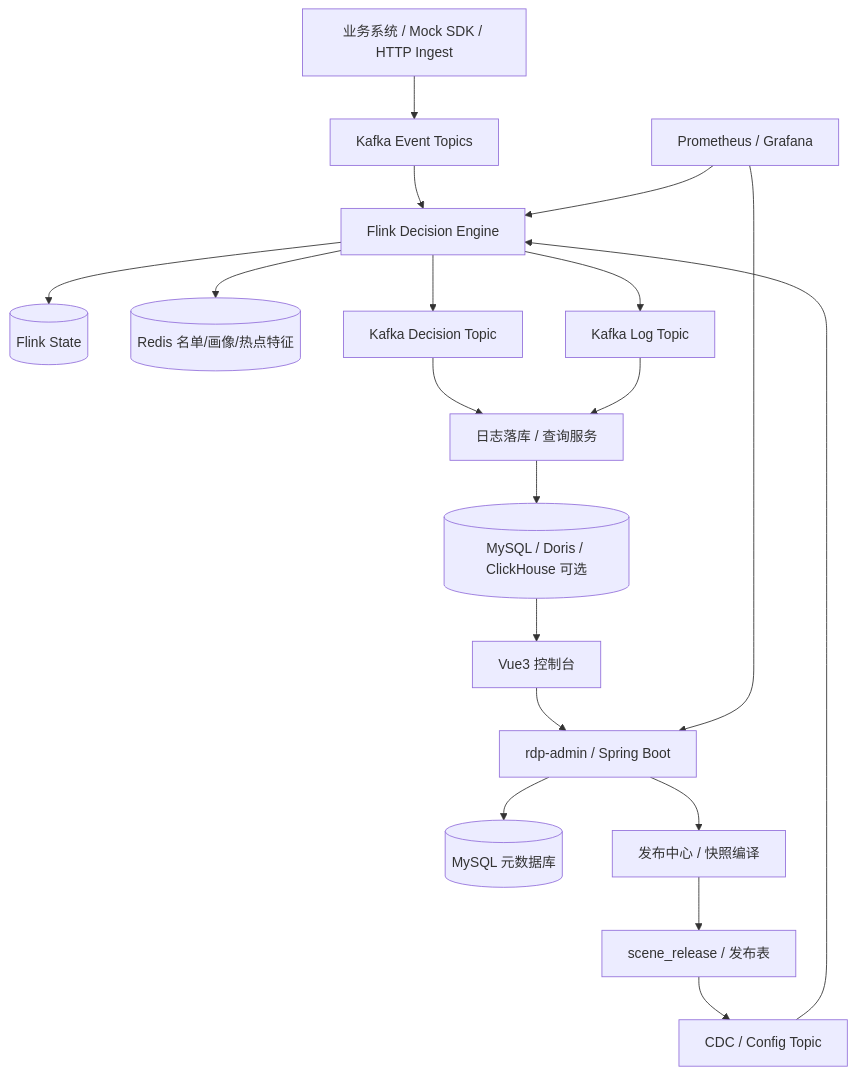
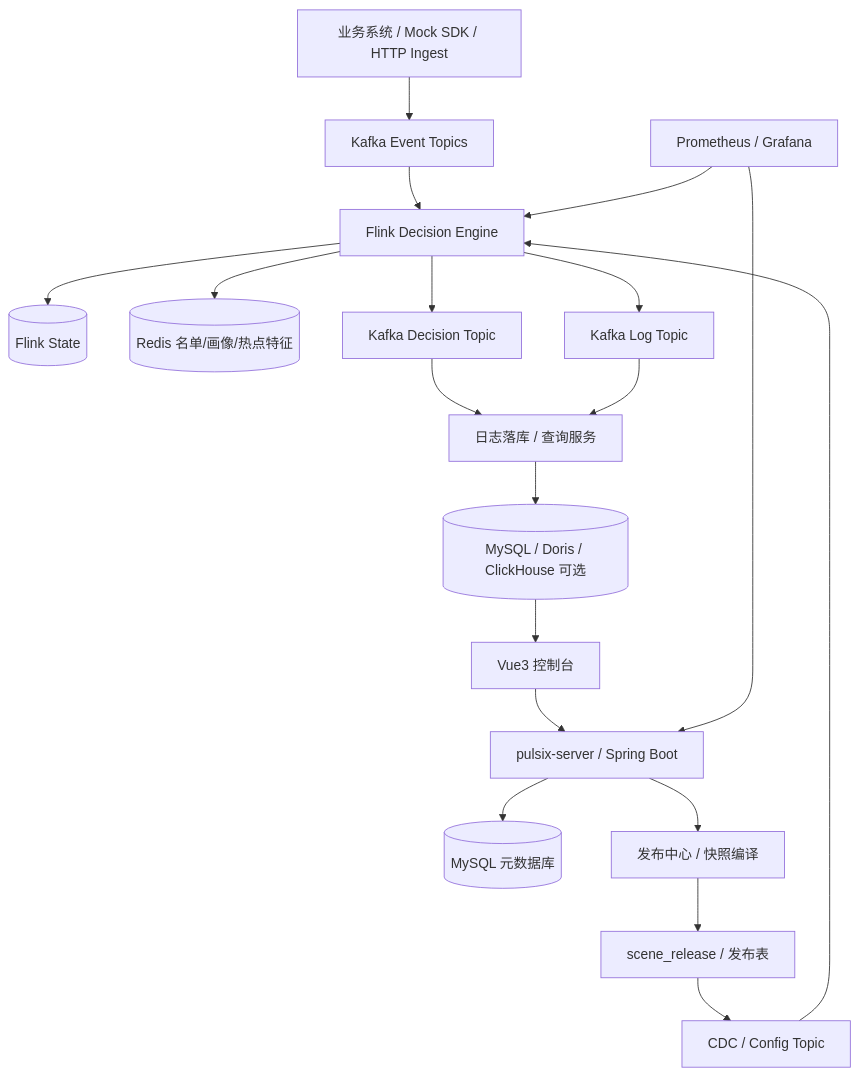
The diagram in docs/方案/实时风控系统第4章：系统总体架构设计总览.md (liboshuai01/pulsix), drawn with Mermaid before and after one commit. The commit also changed other lines of this file and 19 other files, not shown here.

````diff
--- a/docs/方案/实时风控系统第4章：系统总体架构设计总览.md
+++ b/docs/方案/实时风控系统第4章：系统总体架构设计总览.md
@@ -149,26 +149,26 @@
 ```mermaid
 graph TD
     A[业务系统 / Mock SDK / HTTP Ingest] --> B[Kafka Event Topics]
 
-    C[Vue3 控制台] --> D[rdp-admin / Spring Boot]
+    C[Vue3 控制台] --> D[pulsix-server / Spring Boot]
     D --> E[(MySQL 元数据库)]
     D --> F[发布中心 / 快照编译]
     F --> G[scene_release / 发布表]
     G --> H[CDC / Config Topic]
 
     B --> I[Flink Decision Engine]
     H --> I
 
     I --> J[(Flink State)]
     I --> K[(Redis 名单/画像/热点特征)]
     I --> L[Kafka Decision Topic]
     I --> M[Kafka Log Topic]
 
     L --> N[日志落库 / 查询服务]
     M --> N
     N --> O[(MySQL / Doris / ClickHouse 可选)]
 
     O --> C
     P[Prometheus / Grafana] --> I
     P --> D
 ```
````
